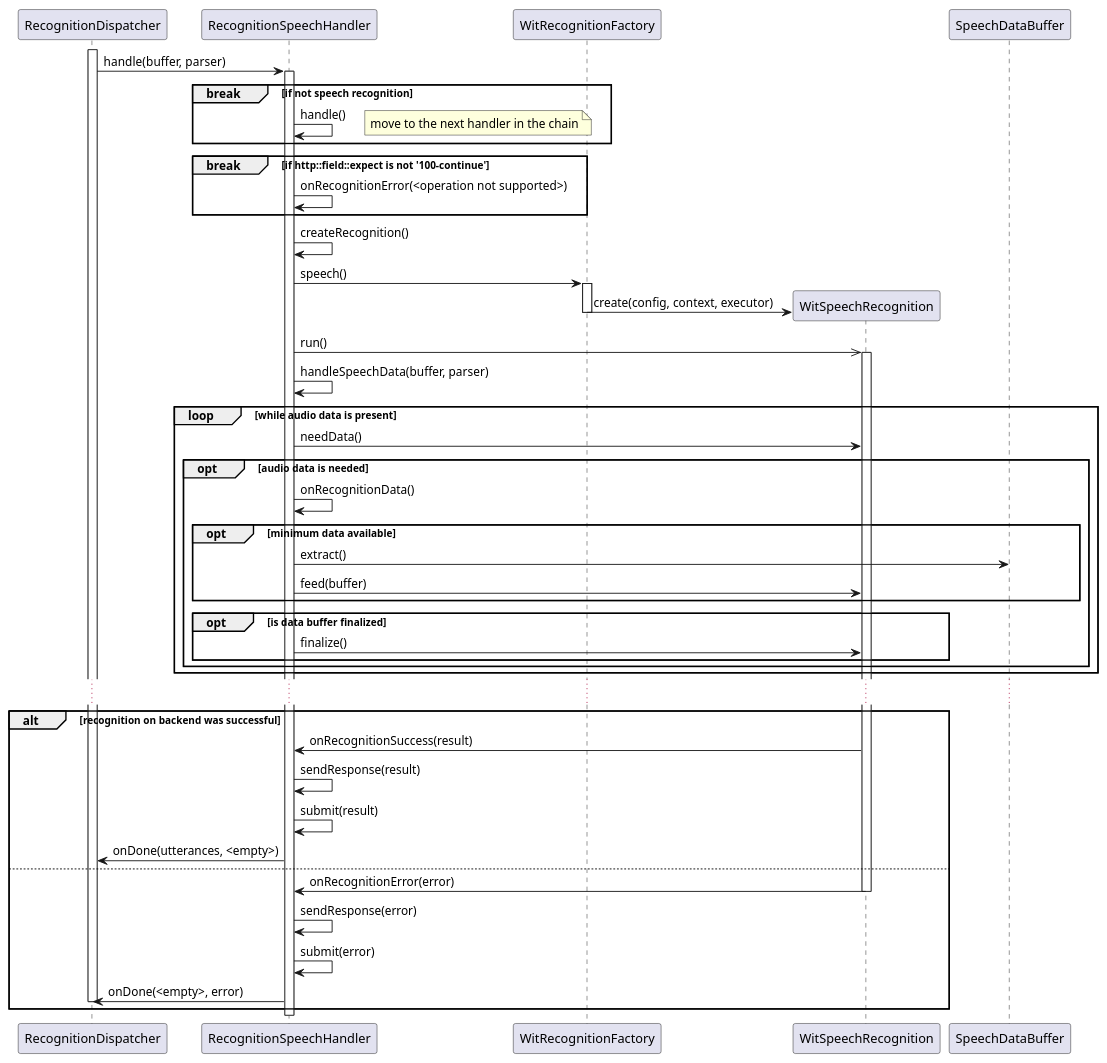
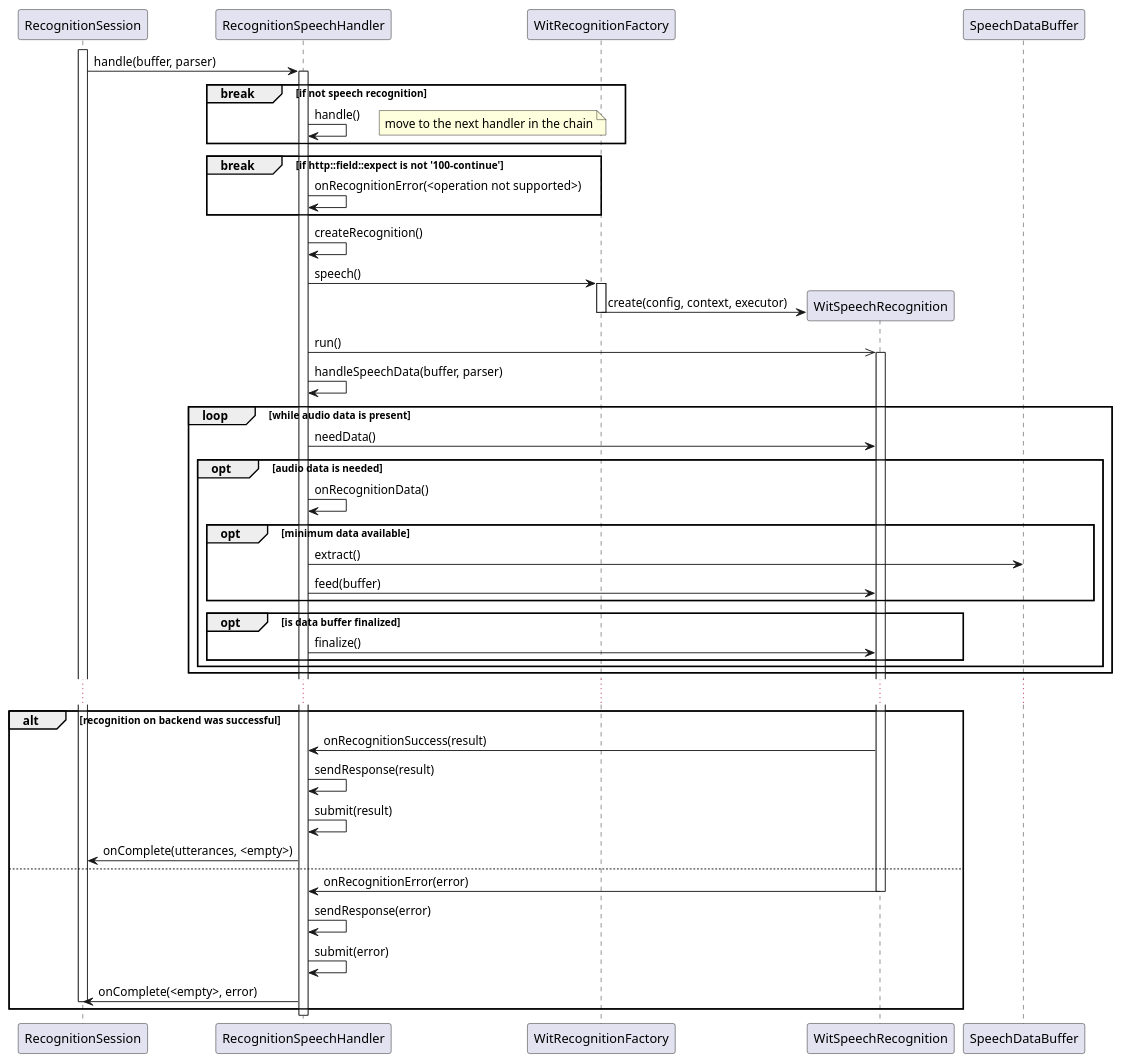
Before and after one commit to denoming/rintento: the seventh of 9 diagrams in src/intent/doc/intent.md, drawn with PlantUML. The commit also changed other lines of this file and 27 other files, not shown here.

````diff
--- a/src/intent/doc/intent.md
+++ b/src/intent/doc/intent.md
@@ -286,59 +286,59 @@
 ```plantuml
 @startuml
 
-participant RecognitionDispatcher
+participant RecognitionSession
 participant RecognitionSpeechHandler
 participant WitRecognitionFactory
 participant WitSpeechRecognition
 
-activate RecognitionDispatcher
-RecognitionDispatcher -> RecognitionSpeechHandler : handle(buffer, parser)
+activate RecognitionSession
+RecognitionSession -> RecognitionSpeechHandler : handle(buffer, parser)
 activate RecognitionSpeechHandler
 break if not speech recognition
     RecognitionSpeechHandler -> RecognitionSpeechHandler : handle()
     note right: move to the next handler in the chain
 end
 break if http::field::expect is not '100-continue' 
     RecognitionSpeechHandler -> RecognitionSpeechHandler : onRecognitionError(<operation not supported>)
 end
 RecognitionSpeechHandler -> RecognitionSpeechHandler : createRecognition()
 RecognitionSpeechHandler -> WitRecognitionFactory : speech()
 activate WitRecognitionFactory
 create WitSpeechRecognition
 WitRecognitionFactory -> WitSpeechRecognition : create(config, context, executor)
 deactivate WitRecognitionFactory
 RecognitionSpeechHandler ->> WitSpeechRecognition : run()
 activate WitSpeechRecognition
 RecognitionSpeechHandler -> RecognitionSpeechHandler : handleSpeechData(buffer, parser)
 loop while audio data is present
     RecognitionSpeechHandler -> WitSpeechRecognition : needData()
     opt audio data is needed
         RecognitionSpeechHandler -> RecognitionSpeechHandler : onRecognitionData()
         opt minimum data available
             RecognitionSpeechHandler -> SpeechDataBuffer : extract()
             RecognitionSpeechHandler -> WitSpeechRecognition : feed(buffer)
         end
         opt is data buffer finalized
             RecognitionSpeechHandler -> WitSpeechRecognition : finalize()
         end        
     end
 end
 ...
 alt recognition on backend was successful
     WitSpeechRecognition -> RecognitionSpeechHandler : onRecognitionSuccess(result)
     RecognitionSpeechHandler -> RecognitionSpeechHandler : sendResponse(result)
     RecognitionSpeechHandler -> RecognitionSpeechHandler : submit(result)
-    RecognitionDispatcher <- RecognitionSpeechHandler : onDone(utterances, <empty>)
+    RecognitionSession <- RecognitionSpeechHandler : onComplete(utterances, <empty>)
 else
     WitSpeechRecognition -> RecognitionSpeechHandler : onRecognitionError(error)
     deactivate WitSpeechRecognition
     RecognitionSpeechHandler -> RecognitionSpeechHandler : sendResponse(error)
     RecognitionSpeechHandler -> RecognitionSpeechHandler : submit(error)
-    RecognitionDispatcher <- RecognitionSpeechHandler : onDone(<empty>, error)
-    deactivate RecognitionDispatcher
+    RecognitionSession <- RecognitionSpeechHandler : onComplete(<empty>, error)
+    deactivate RecognitionSession
 end
 deactivate RecognitionSpeechHandler
 
 
 @enduml
 ```
````
